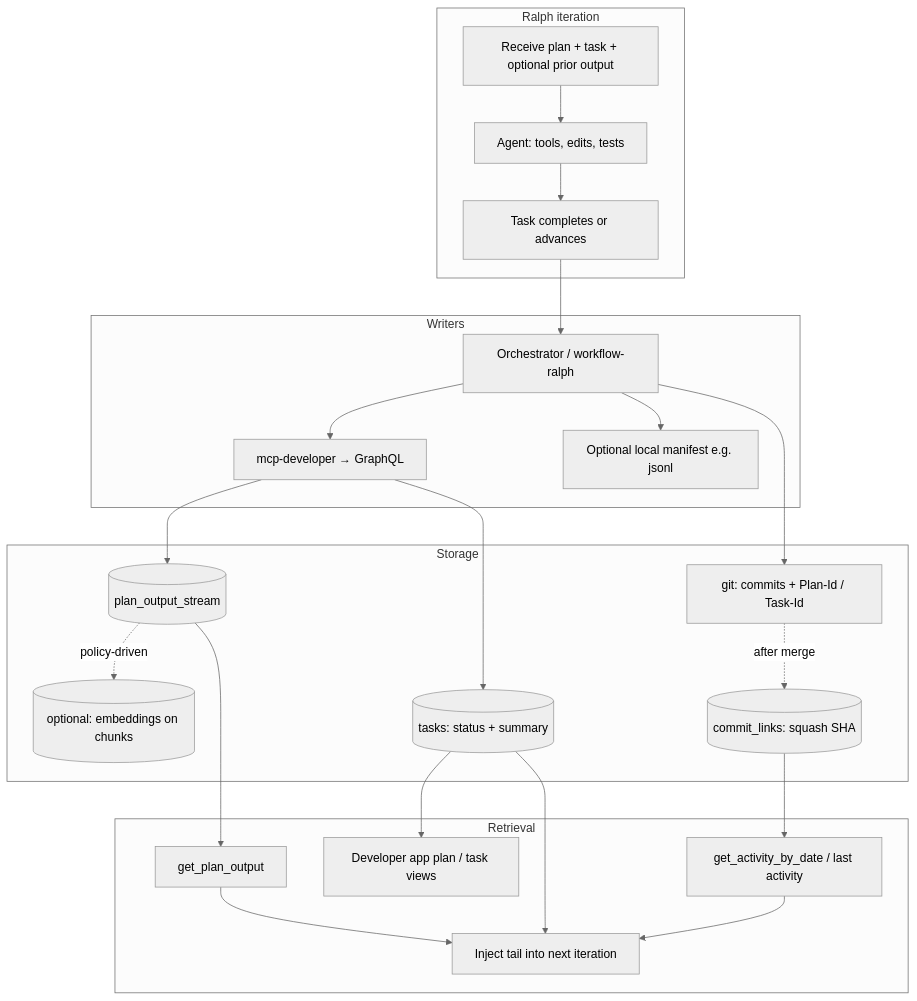
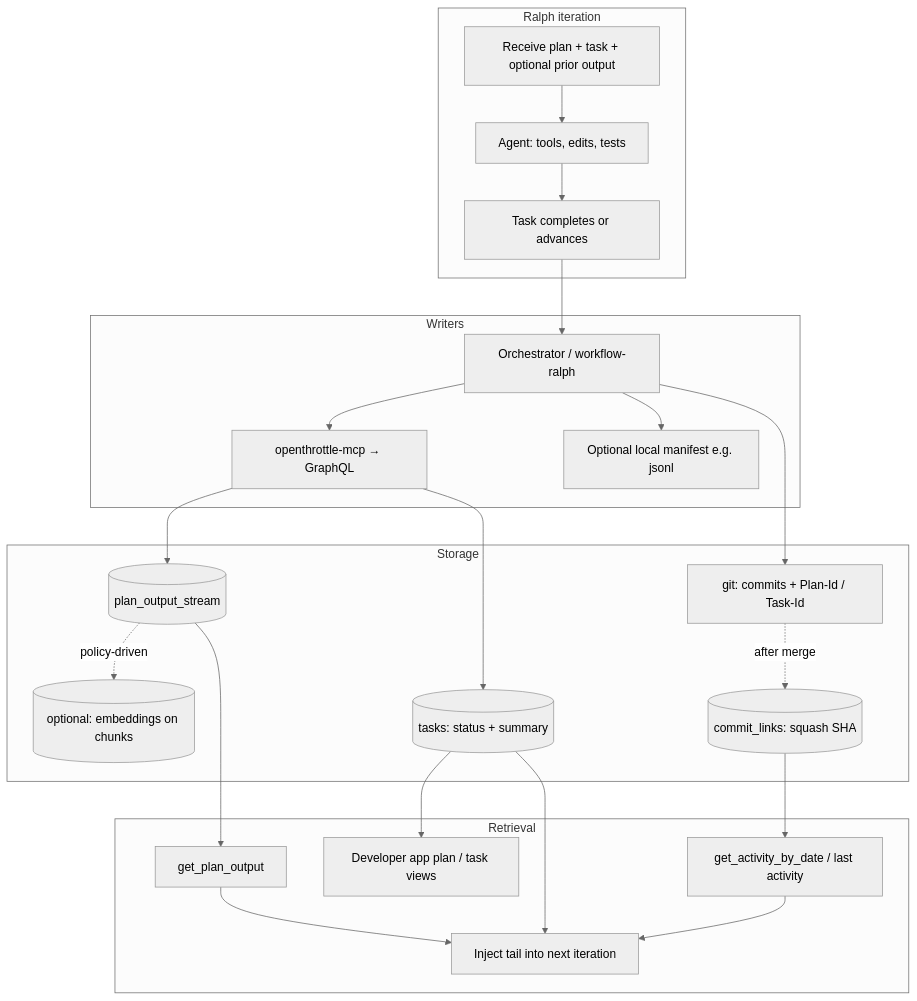
Before and after one commit to OpenThrottle/monorepo: the fourth of 4 diagrams in docs/workflows/ralph-loop-step-context-brainstorm.md, drawn with Mermaid (neutral theme). The commit also changed 163 other files, not shown here.

````diff
--- a/docs/workflows/ralph-loop-step-context-brainstorm.md
+++ b/docs/workflows/ralph-loop-step-context-brainstorm.md
@@ -179,41 +179,41 @@
 ```mermaid
 flowchart TB
   subgraph iter [Ralph iteration]
     RX[Receive plan + task + optional prior output]
     AG[Agent: tools, edits, tests]
     TC[Task completes or advances]
   end
   subgraph write [Writers]
     ORC[Orchestrator / workflow-ralph]
-    MCP[mcp-developer → GraphQL]
+    MCP[openthrottle-mcp → GraphQL]
     LOC[Optional local manifest e.g. jsonl]
   end
   subgraph store [Storage]
     PO[(plan_output_stream)]
     TK[(tasks: status + summary)]
     GIT[git: commits + Plan-Id / Task-Id]
     CL[(commit_links: squash SHA)]
     EMB[(optional: embeddings on chunks)]
   end
   subgraph read [Retrieval]
     GOP[get_plan_output]
     UI[Developer app plan / task views]
     ACT[get_activity_by_date / last activity]
     INJ[Inject tail into next iteration]
   end
   RX --> AG --> TC
   TC --> ORC
   ORC --> MCP
   ORC --> LOC
   MCP --> PO
   MCP --> TK
   ORC --> GIT
   GIT -. after merge .-> CL
   PO -. policy-driven .-> EMB
   PO --> GOP
   TK --> UI
   CL --> ACT
   GOP --> INJ
   TK --> INJ
   ACT --> INJ
 ```
````
